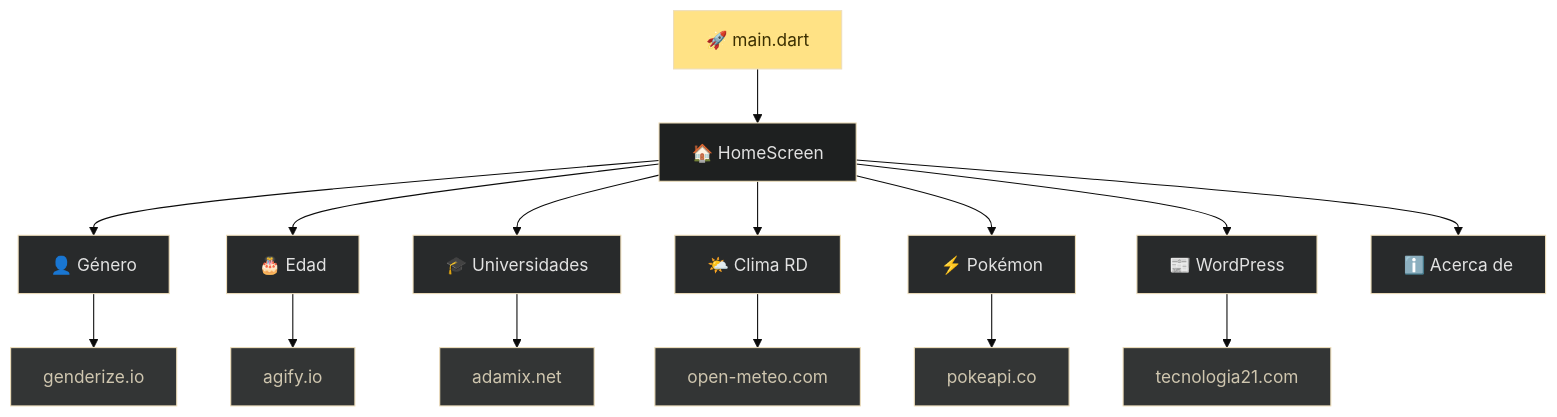
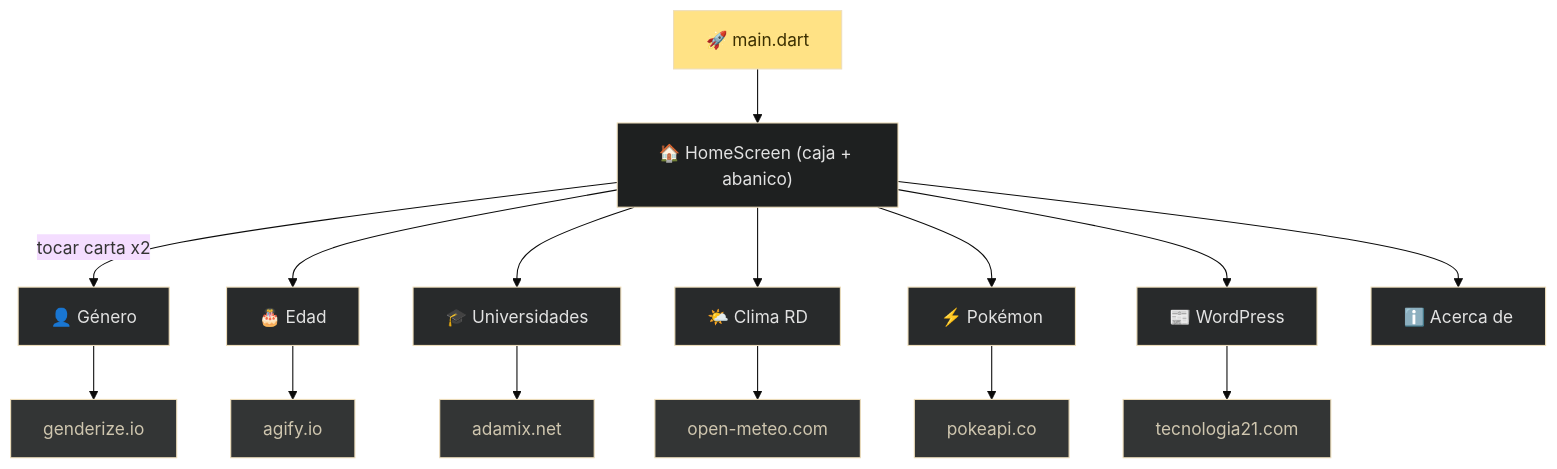
One commit to yeisondev001/Tarea5 changed the diagram in README.md. Above: the diagram before and after it, drawn with Mermaid (base theme). The commit also changed other lines of this file and 1 other file, not shown here.

Commit message:
docs: actualizar README y DESIGN con home animado, escena de garaje y sistema de movimiento

````diff
--- a/README.md
+++ b/README.md
@@ -67,34 +82,34 @@
 ```mermaid
 flowchart TD
-    A["🚀 main.dart"] --> B["🏠 HomeScreen"]
-    B --> C1["👤 Género"]
+    A["🚀 main.dart"] --> B["🏠 HomeScreen (caja + abanico)"]
+    B -->|"tocar carta x2"| C1["👤 Género"]
     B --> C2["🎂 Edad"]
     B --> C3["🎓 Universidades"]
     B --> C4["🌤️ Clima RD"]
     B --> C5["⚡ Pokémon"]
     B --> C6["📰 WordPress"]
     B --> C7["ℹ️ Acerca de"]
 
     C1 --> API1["genderize.io"]
     C2 --> API2["agify.io"]
     C3 --> API3["adamix.net"]
     C4 --> API4["open-meteo.com"]
     C5 --> API5["pokeapi.co"]
     C6 --> API6["tecnologia21.com"]
 
     style A fill:#FFE285,color:#3B2F00
     style B fill:#1E2020,color:#E2E2E2
     style C1 fill:#282A2B,color:#E2E2E2
     style C2 fill:#282A2B,color:#E2E2E2
     style C3 fill:#282A2B,color:#E2E2E2
     style C4 fill:#282A2B,color:#E2E2E2
     style C5 fill:#282A2B,color:#E2E2E2
     style C6 fill:#282A2B,color:#E2E2E2
     style C7 fill:#282A2B,color:#E2E2E2
     style API1 fill:#333535,color:#CFC6AF
     style API2 fill:#333535,color:#CFC6AF
     style API3 fill:#333535,color:#CFC6AF
     style API4 fill:#333535,color:#CFC6AF
     style API5 fill:#333535,color:#CFC6AF
     style API6 fill:#333535,color:#CFC6AF
 ```
````
